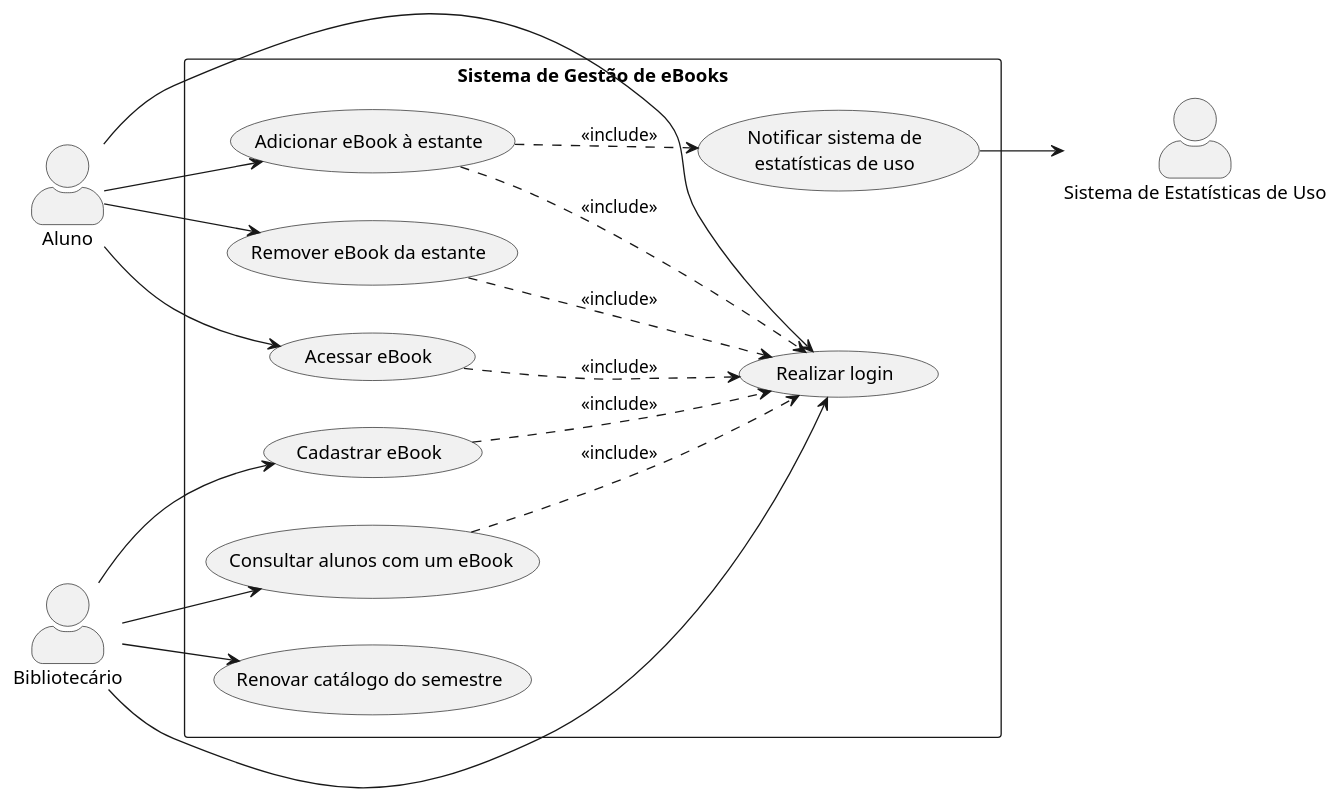
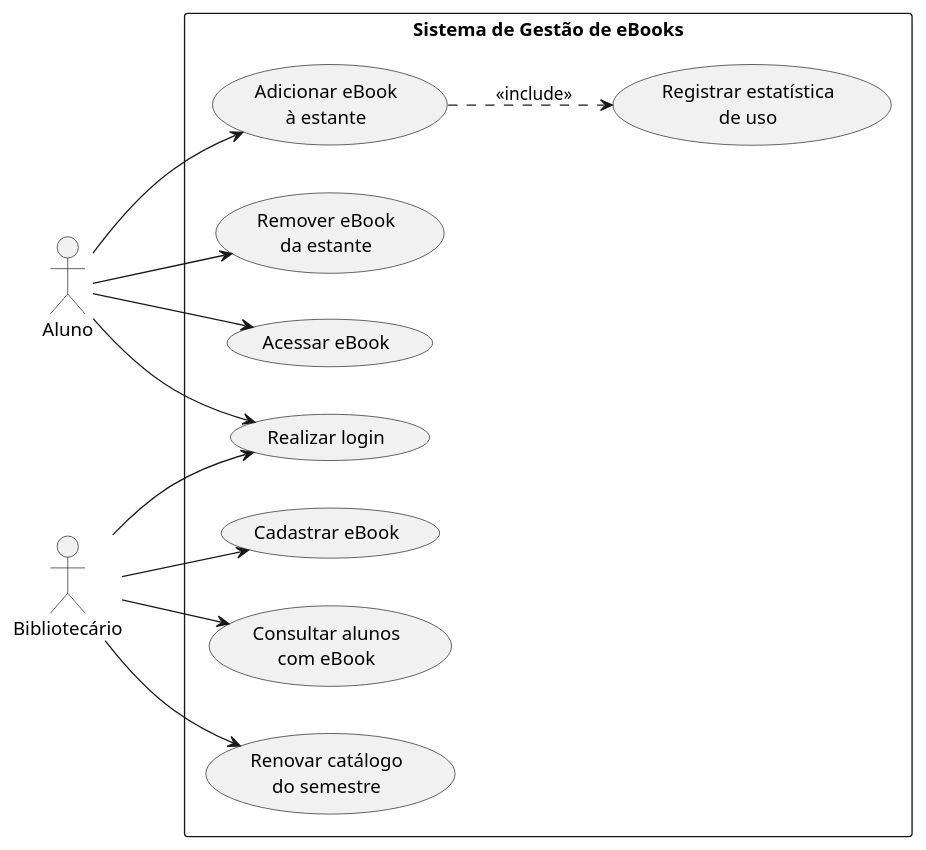
Before and after one commit to fillmello/lab01-ebooks-biblioteca: the diagram in docs/diagramas/casos-de-uso.puml, drawn with PlantUML. The commit also changed 7 other files, not shown here.

Commit message:
docs: alinha documentacao ao diagrama de casos de uso revisado

```diff
--- a/docs/diagramas/casos-de-uso.puml
+++ b/docs/diagramas/casos-de-uso.puml
@@ -1,47 +1,33 @@
-@startuml casos_de_uso_ebooks
+@startuml Sistema de Gestão de eBooks
 left to right direction
-skinparam packageStyle rectangle
-skinparam shadowing false
-skinparam actorStyle awesome
 
-actor "Aluno" as Aluno
-actor "Bibliotecário" as Bibliotecario
-actor "Sistema de Estatísticas de Uso" as Estatisticas
+actor "Aluno" as aluno
+actor "Bibliotecário" as bib
 
 rectangle "Sistema de Gestão de eBooks" {
-  usecase "Realizar login" as UC01
-  usecase "Adicionar eBook à estante" as UC02
-  usecase "Remover eBook da estante" as UC03
-  usecase "Acessar eBook" as UC04
-  usecase "Cadastrar eBook" as UC05
-  usecase "Consultar alunos com um eBook" as UC06
-  usecase "Notificar sistema de\nestatísticas de uso" as UC07
-  usecase "Renovar catálogo do semestre" as UC08
+  usecase "Adicionar eBook\nà estante"        as UC_adicionar
+  usecase "Registrar estatística\nde uso"     as UC_estatistica
+  usecase "Remover eBook\nda estante"         as UC_remover
+  usecase "Acessar eBook"                     as UC_acessar
+  usecase "Realizar login"                    as UC_login
+  usecase "Cadastrar eBook"                   as UC_cadastrar
+  usecase "Consultar alunos\ncom eBook"       as UC_consultar
+  usecase "Renovar catálogo\ndo semestre"     as UC_renovar
 }
 
-' --- Associações do Aluno ---
-Aluno --> UC01
-Aluno --> UC02
-Aluno --> UC03
-Aluno --> UC04
+' --- Aluno ---
+aluno --> UC_adicionar
+aluno --> UC_remover
+aluno --> UC_acessar
+aluno --> UC_login
 
-' --- Associações do Bibliotecário ---
-Bibliotecario --> UC01
-Bibliotecario --> UC05
-Bibliotecario --> UC06
-Bibliotecario --> UC08
+' --- Bibliotecário ---
+bib --> UC_login
+bib --> UC_cadastrar
+bib --> UC_consultar
+bib --> UC_renovar
 
-' --- Ator externo notificado pelo sistema ---
-UC07 --> Estatisticas
-
-' --- Login obrigatório: todo acesso ao sistema valida a senha do usuário ---
-UC02 ..> UC01 : <<include>>
-UC03 ..> UC01 : <<include>>
-UC04 ..> UC01 : <<include>>
-UC05 ..> UC01 : <<include>>
-UC06 ..> UC01 : <<include>>
-
-' --- Adicionar eBook sempre notifica o sistema de estatísticas de uso ---
-UC02 ..> UC07 : <<include>>
+' --- Relacionamento include ---
+UC_adicionar ..> UC_estatistica : <<include>>
 
 @enduml
```
